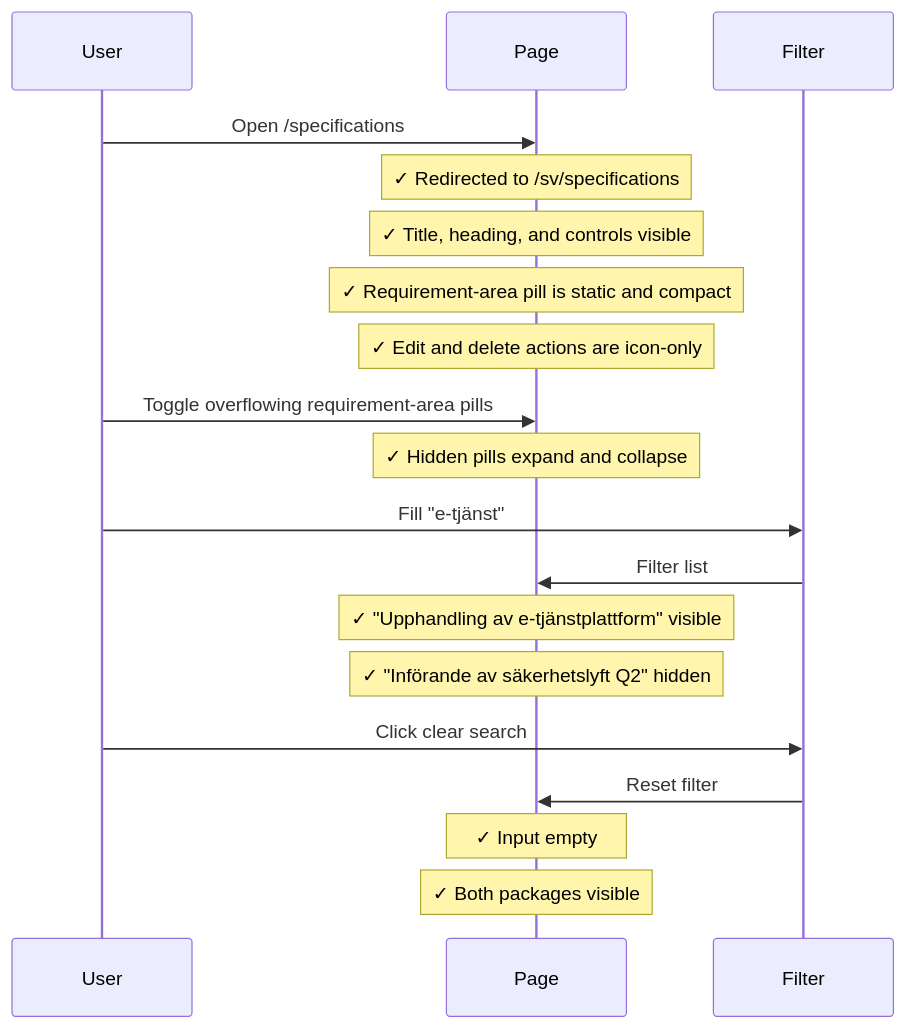
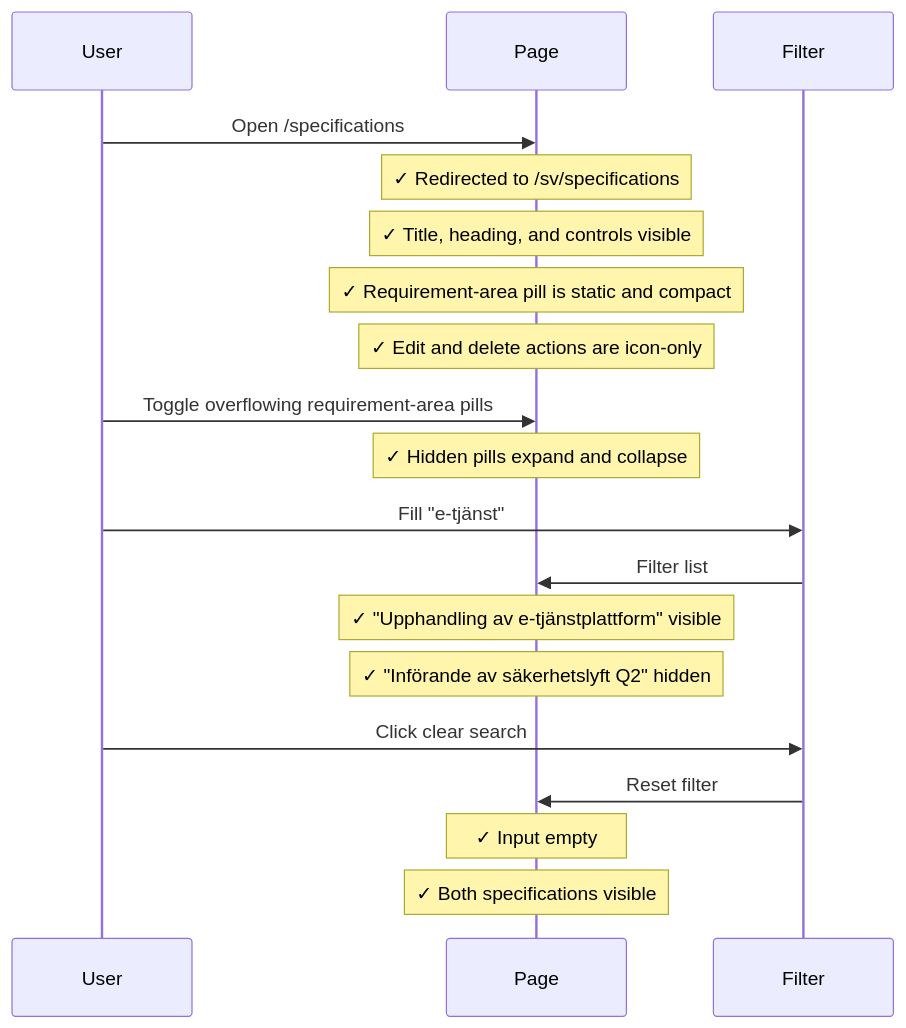
The second of 3 diagrams in tests/integration/specifications-list.md (viscalyx/Kravhantering), drawn with Mermaid before and after one commit. The commit also changed other lines of this file and 97 other files, not shown here.

````diff
--- a/tests/integration/specifications-list.md
+++ b/tests/integration/specifications-list.md
@@ -72,22 +72,22 @@
 ```mermaid
 sequenceDiagram
     participant U as User
     participant P as Page
     participant F as Filter
 
     U->>P: Open /specifications
     Note over P: ✓ Redirected to /sv/specifications
     Note over P: ✓ Title, heading, and controls visible
     Note over P: ✓ Requirement-area pill is static and compact
     Note over P: ✓ Edit and delete actions are icon-only
     U->>P: Toggle overflowing requirement-area pills
     Note over P: ✓ Hidden pills expand and collapse
     U->>F: Fill "e-tjänst"
     F->>P: Filter list
     Note over P: ✓ "Upphandling av e-tjänstplattform" visible
     Note over P: ✓ "Införande av säkerhetslyft Q2" hidden
     U->>F: Click clear search
     F->>P: Reset filter
     Note over P: ✓ Input empty
-    Note over P: ✓ Both packages visible
+    Note over P: ✓ Both specifications visible
 ```
````
